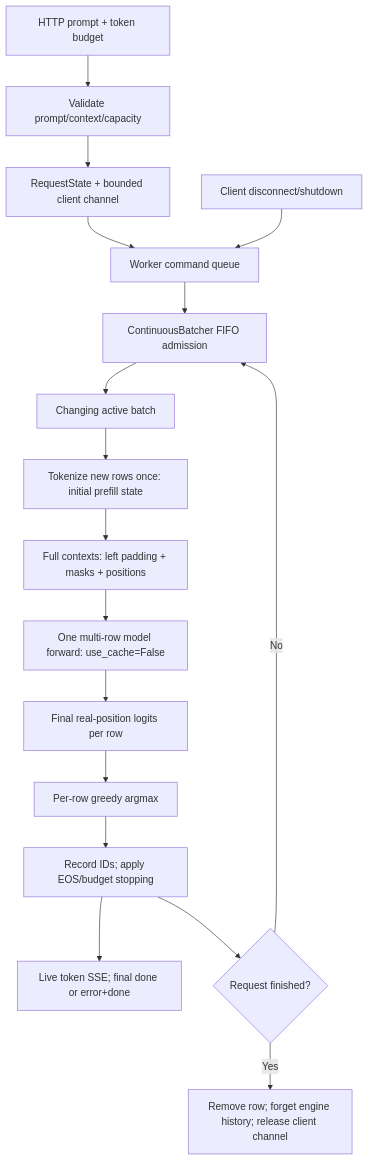
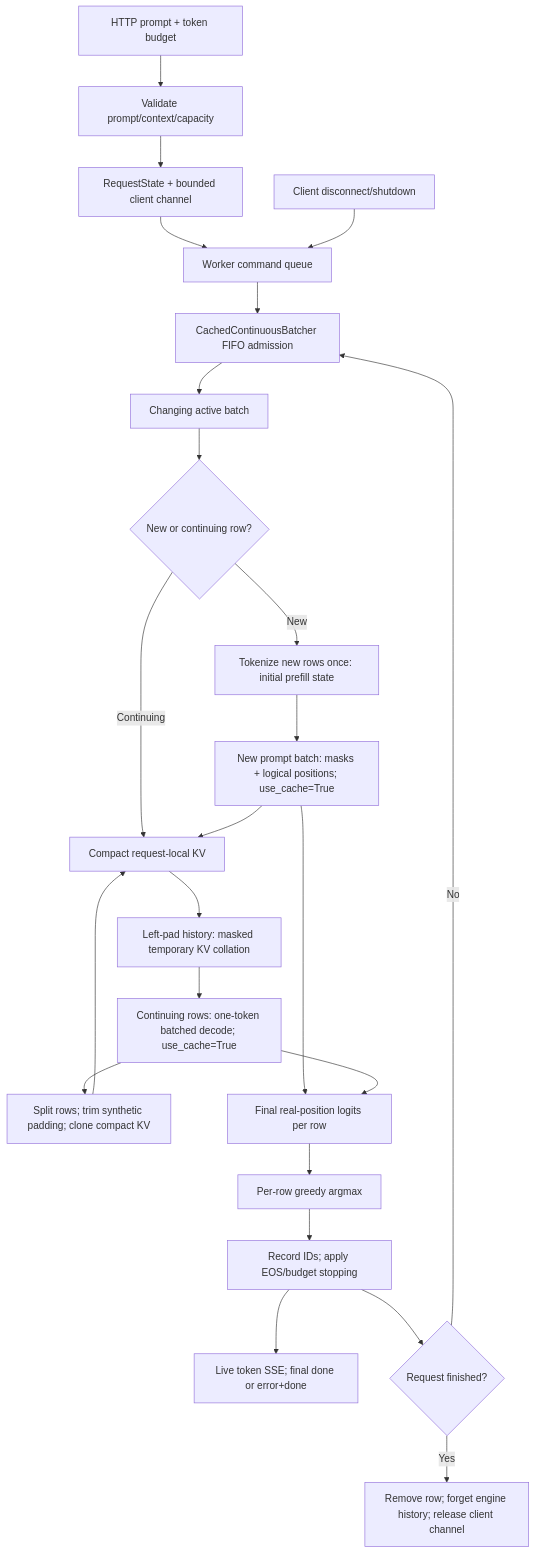
Before and after one commit to amxson/llm-inference-runtime: the first of 2 diagrams in docs/architecture.md, drawn with Mermaid. The commit also changed other lines of this file and 78 other files, not shown here.

Commit message:
docs: document cached continuous batching

````diff
--- a/docs/architecture.md
+++ b/docs/architecture.md
@@ -7,19 +7,26 @@
 ```mermaid
 flowchart TD
     HTTP[HTTP prompt + token budget] --> Validation[Validate prompt/context/capacity]
     Validation --> Request[RequestState + bounded client channel]
     Request --> Commands[Worker command queue]
-    Commands --> Admission[ContinuousBatcher FIFO admission]
+    Commands --> Admission[CachedContinuousBatcher FIFO admission]
     Admission --> Active[Changing active batch]
-    Active --> Tokenize[Tokenize new rows once: initial prefill state]
-    Tokenize --> Collate[Full contexts: left padding + masks + positions]
-    Collate --> Model[One multi-row model forward: use_cache=False]
-    Model --> Logits[Final real-position logits per row]
+    Active --> Kind{New or continuing row?}
+    Kind -->|New| Tokenize[Tokenize new rows once: initial prefill state]
+    Kind -->|Continuing| Local
+    Tokenize --> Prefill[New prompt batch: masks + logical positions; use_cache=True]
+    Prefill --> Local[Compact request-local KV]
+    Local --> Collate[Left-pad history: masked temporary KV collation]
+    Collate --> Model[Continuing rows: one-token batched decode; use_cache=True]
+    Model --> Split[Split rows; trim synthetic padding; clone compact KV]
+    Split --> Local
+    Prefill --> Logits[Final real-position logits per row]
+    Model --> Logits
     Logits --> Select[Per-row greedy argmax]
     Select --> Update[Record IDs; apply EOS/budget stopping]
     Update --> SSE[Live token SSE; final done or error+done]
     Update --> Next{Request finished?}
     Next -->|No| Admission
     Next -->|Yes| Release[Remove row; forget engine history; release client channel]
     Disconnect[Client disconnect/shutdown] --> Commands
 ```
````
